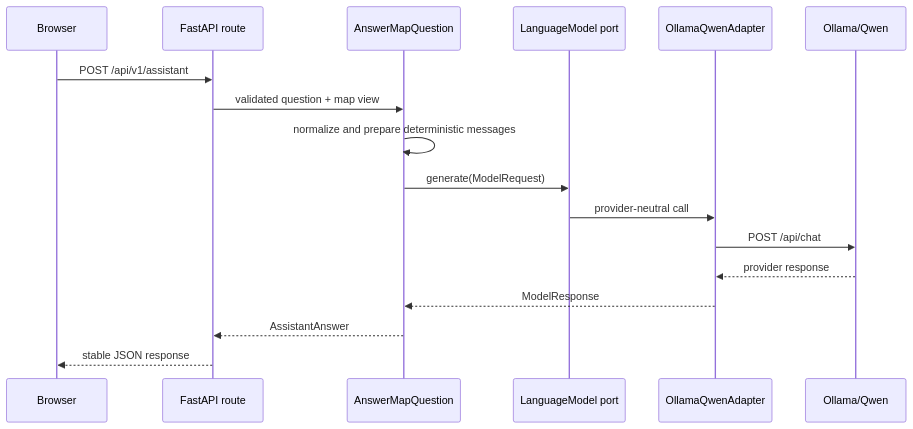
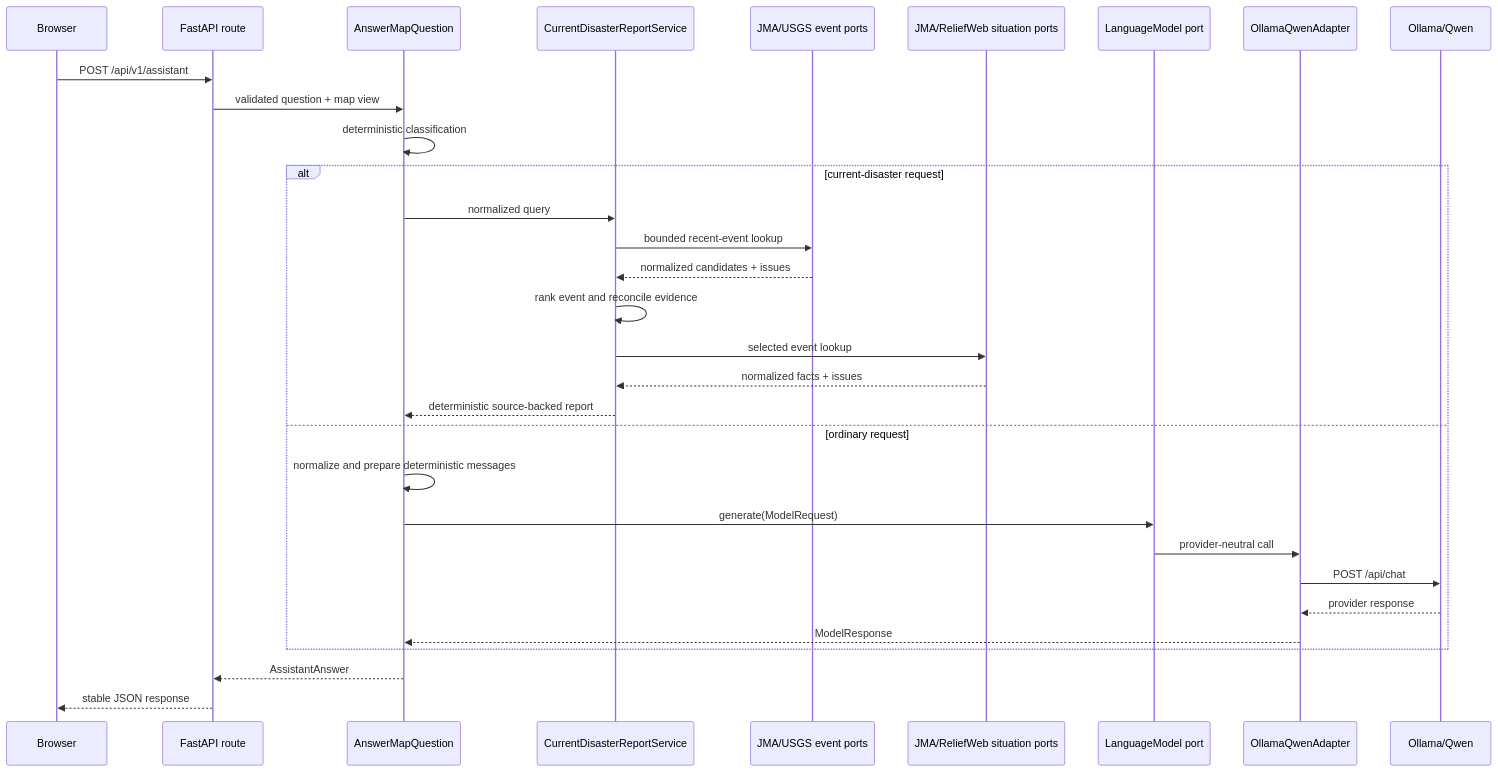
Before and after one commit to FearOfTheSea/DisasterMonitor: the second of 3 diagrams in docs/architecture.md, drawn with Mermaid. The commit also changed other lines of this file and 39 other files, not shown here.

Commit message:
Implemented Source-backed current-disaster reporting.

````diff
--- a/docs/architecture.md
+++ b/docs/architecture.md
@@ -17,20 +23,34 @@
 ```mermaid
 sequenceDiagram
     participant Browser
     participant Route as FastAPI route
     participant UseCase as AnswerMapQuestion
+    participant Report as CurrentDisasterReportService
+    participant Events as JMA/USGS event ports
+    participant Situation as JMA/ReliefWeb situation ports
     participant Port as LanguageModel port
     participant Adapter as OllamaQwenAdapter
     participant Model as Ollama/Qwen
 
     Browser->>Route: POST /api/v1/assistant
     Route->>UseCase: validated question + map view
+    UseCase->>UseCase: deterministic classification
+    alt current-disaster request
+        UseCase->>Report: normalized query
+        Report->>Events: bounded recent-event lookup
+        Events-->>Report: normalized candidates + issues
+        Report->>Report: rank event and reconcile evidence
+        Report->>Situation: selected event lookup
+        Situation-->>Report: normalized facts + issues
+        Report-->>UseCase: deterministic source-backed report
+    else ordinary request
     UseCase->>UseCase: normalize and prepare deterministic messages
     UseCase->>Port: generate(ModelRequest)
     Port->>Adapter: provider-neutral call
     Adapter->>Model: POST /api/chat
     Model-->>Adapter: provider response
     Adapter-->>UseCase: ModelResponse
+    end
     UseCase-->>Route: AssistantAnswer
     Route-->>Browser: stable JSON response
 ```
````
